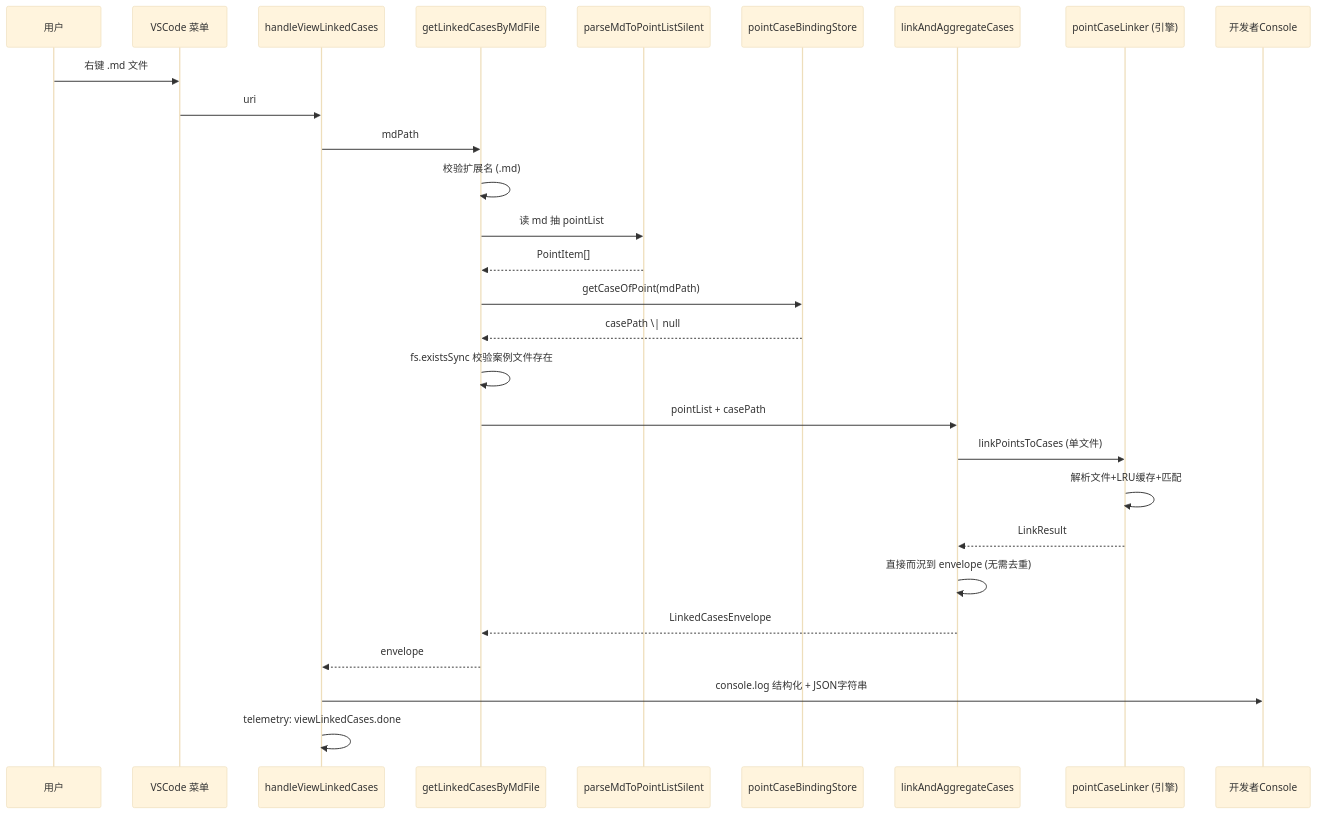
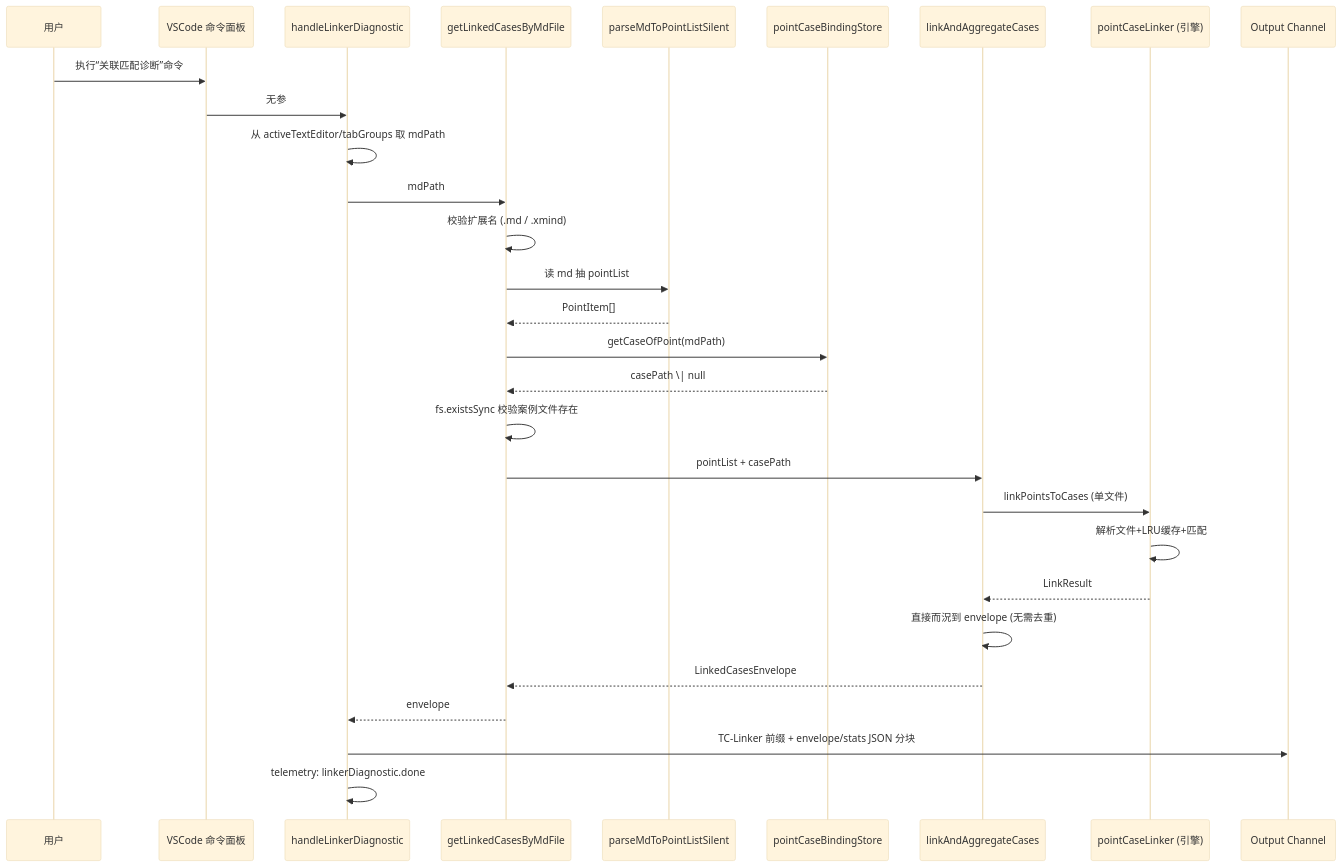
One commit to IvyCloudy/workbench changed the second of 4 diagrams in docs/architecture/point-case-linker-design.md. Above: the diagram before and after it, drawn with Mermaid (base theme). The commit also changed other lines of this file and 5 other files, not shown here.

First line of the commit message:
refactor(linker): 拆分诊断命令入口并支持 xmind 后缀

````diff
--- a/docs/architecture/point-case-linker-design.md
+++ b/docs/architecture/point-case-linker-design.md
@@ -96,31 +97,32 @@
 ```mermaid
 sequenceDiagram
     participant U as 用户
-    participant VS as VSCode 菜单
-    participant H as handleViewLinkedCases
+    participant VS as VSCode 命令面板
+    participant H as handleLinkerDiagnostic
     participant G as getLinkedCasesByMdFile
     participant PM as parseMdToPointListSilent
     participant BS as pointCaseBindingStore
     participant L as linkAndAggregateCases
     participant EN as pointCaseLinker (引擎)
-    participant DC as 开发者Console
+    participant CH as Output Channel
 
-    U->>VS: 右键 .md 文件
-    VS->>H: uri
+    U->>VS: 执行“关联匹配诊断”命令
+    VS->>H: 无参
+    H->>H: 从 activeTextEditor/tabGroups 取 mdPath
     H->>G: mdPath
-    G->>G: 校验扩展名 (.md)
+    G->>G: 校验扩展名 (.md / .xmind)
     G->>PM: 读 md 抽 pointList
     PM-->>G: PointItem[]
     G->>BS: getCaseOfPoint(mdPath)
     BS-->>G: casePath \| null
     G->>G: fs.existsSync 校验案例文件存在
     G->>L: pointList + casePath
     L->>EN: linkPointsToCases (单文件)
     EN->>EN: 解析文件+LRU缓存+匹配
     EN-->>L: LinkResult
     L->>L: 直接而況到 envelope (无需去重)
     L-->>G: LinkedCasesEnvelope
     G-->>H: envelope
-    H->>DC: console.log 结构化 + JSON字符串
-    H->>H: telemetry: viewLinkedCases.done
+    H->>CH: TC-Linker 前缀 + envelope/stats JSON 分块
+    H->>H: telemetry: linkerDiagnostic.done
 ```
````
